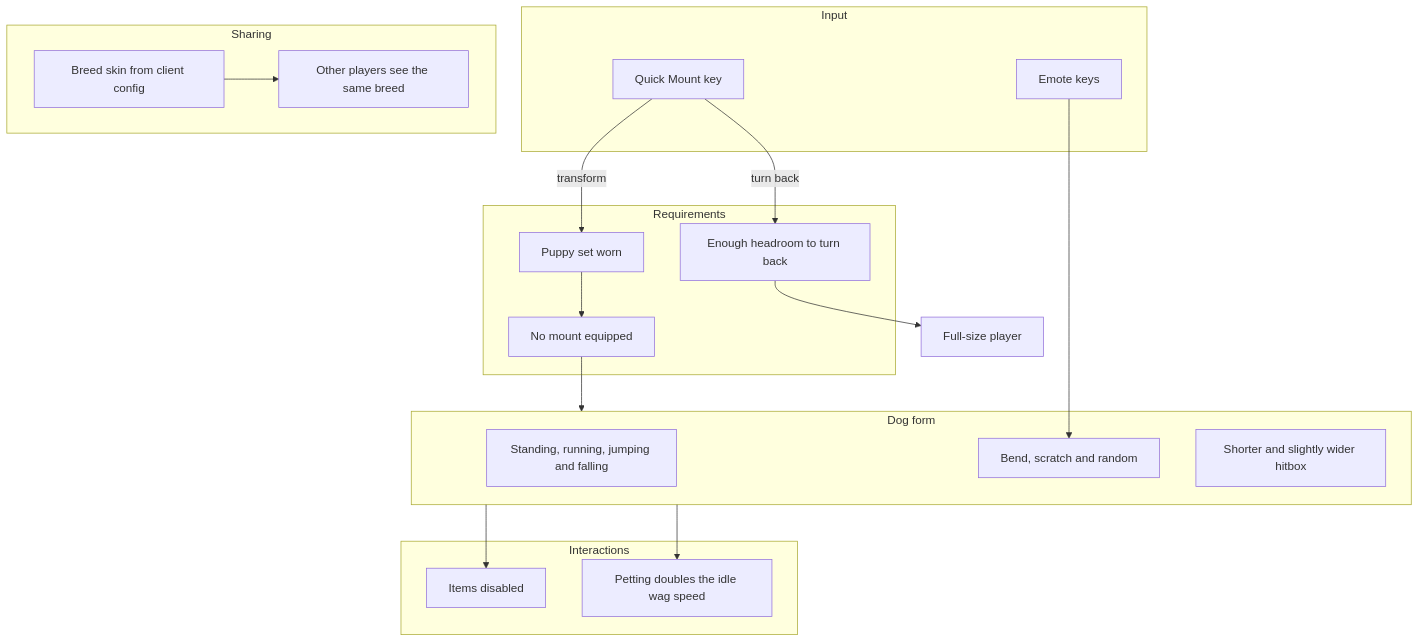
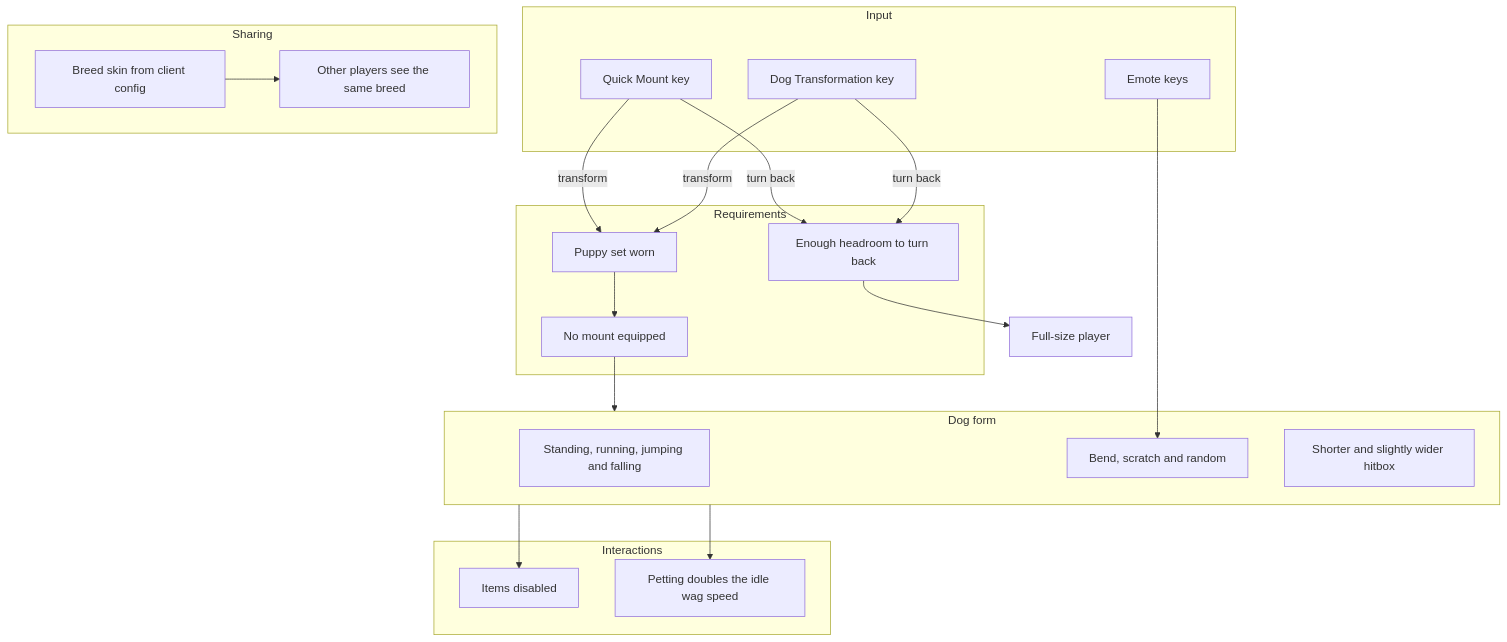
One commit to POLA-LCS/PolasPuppyMod changed the diagram in docs/Transformation-System.md. Above: the diagram before and after it, drawn with Mermaid. The commit also changed other lines of this file and 10 other files, not shown here.

First line of the commit message:
feat: dedicated dog transformation keybind; tooltip-only puppy bonuses

````diff
--- a/docs/Transformation-System.md
+++ b/docs/Transformation-System.md
@@ -7,39 +7,42 @@
 ```mermaid
 flowchart TB
     subgraph Input[Input]
         MountKey[Quick Mount key]
+        TransformKey[Dog Transformation key]
         EmoteKeys[Emote keys]
     end
 
     subgraph Requirements[Requirements]
         PuppySet[Puppy set worn]
         NoMount[No mount equipped]
         Headroom[Enough headroom to turn back]
     end
 
     subgraph Form[Dog form]
         Animations[Standing, running, jumping and falling]
         Emotes[Bend, scratch and random]
         Hitbox[Shorter and slightly wider hitbox]
     end
 
     subgraph Sharing[Sharing]
         Skin[Breed skin from client config]
         Others[Other players see the same breed]
     end
 
     subgraph Interactions[Interactions]
         Items[Items disabled]
         Petting[Petting doubles the idle wag speed]
     end
 
     MountKey -- "transform" --> PuppySet
+    TransformKey -- "transform" --> PuppySet
     PuppySet --> NoMount
     NoMount --> Form
     MountKey -- "turn back" --> Headroom
+    TransformKey -- "turn back" --> Headroom
     Headroom --> FullSize[Full-size player]
     EmoteKeys --> Emotes
     Skin --> Others
     Form --> Items
     Form --> Petting
 ```
````
